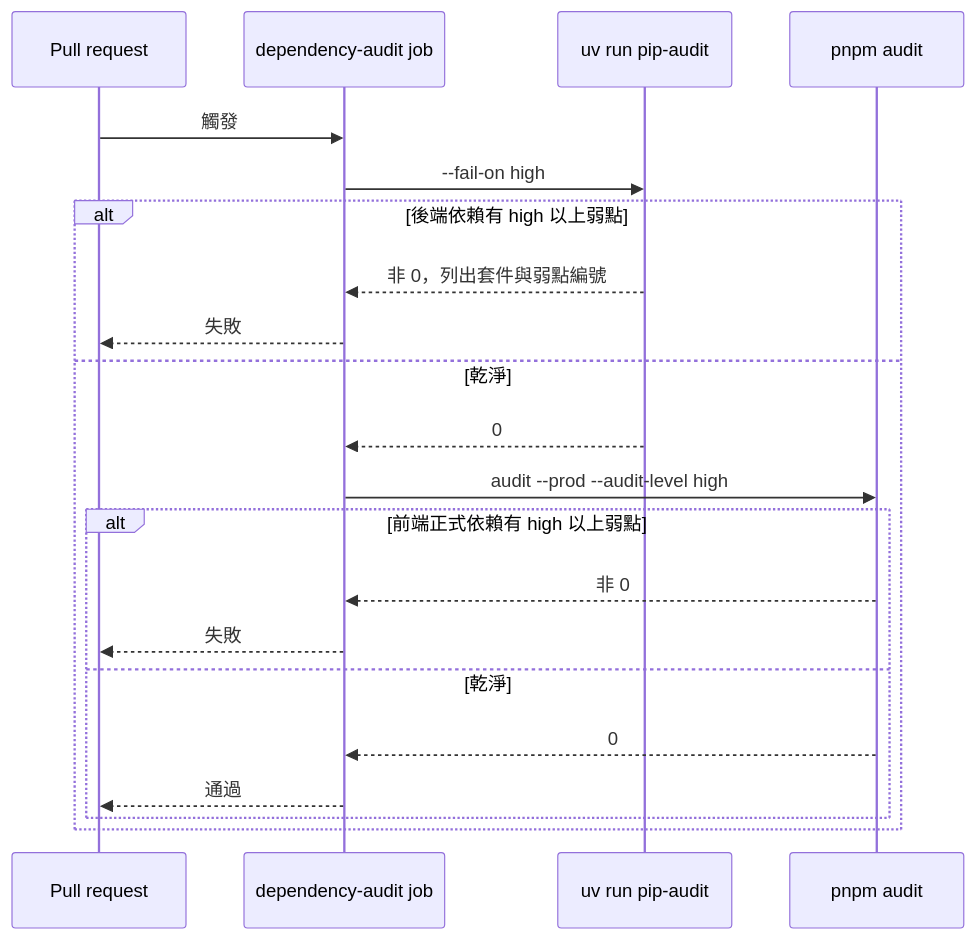
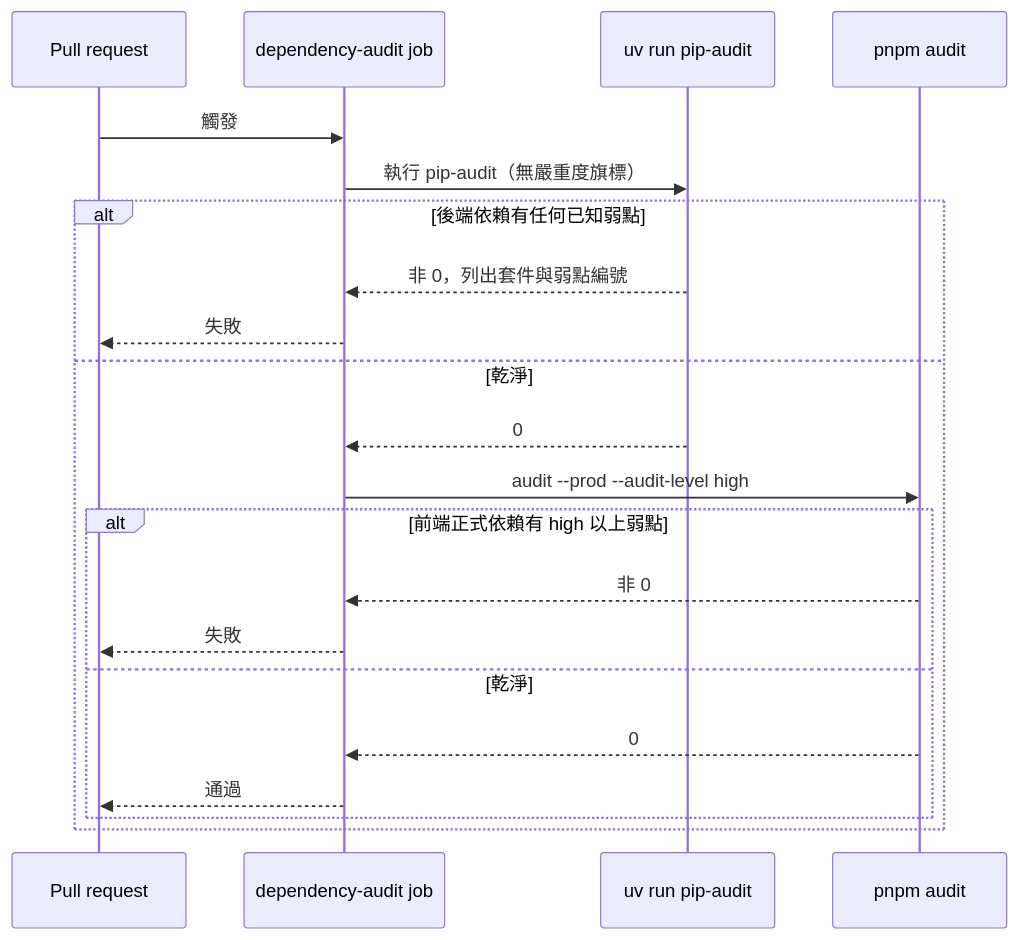
One commit to label-suite/label-suite changed diagram 13 of 13 in openspec/changes/infra-compose-e2e-ci/system-design.md. Above: the diagram before and after it, drawn with Mermaid. The commit also changed other lines of this file and 5 other files, not shown here.

First line of the commit message:
docs: fail backend dependency audit on any vulnerability (#506)

````diff
--- a/openspec/changes/infra-compose-e2e-ci/system-design.md
+++ b/openspec/changes/infra-compose-e2e-ci/system-design.md
@@ -641,23 +641,23 @@
 ```mermaid
 sequenceDiagram
   participant PR as Pull request
   participant Job as dependency-audit job
   participant Pip as uv run pip-audit
   participant Pnpm as pnpm audit
   PR->>Job: 觸發
-  Job->>Pip: --fail-on high
-  alt 後端依賴有 high 以上弱點
+  Job->>Pip: 執行 pip-audit（無嚴重度旗標）
+  alt 後端依賴有任何已知弱點
     Pip-->>Job: 非 0，列出套件與弱點編號
     Job-->>PR: 失敗
   else 乾淨
     Pip-->>Job: 0
     Job->>Pnpm: audit --prod --audit-level high
     alt 前端正式依賴有 high 以上弱點
       Pnpm-->>Job: 非 0
       Job-->>PR: 失敗
     else 乾淨
       Pnpm-->>Job: 0
       Job-->>PR: 通過
     end
   end
 ```
````
